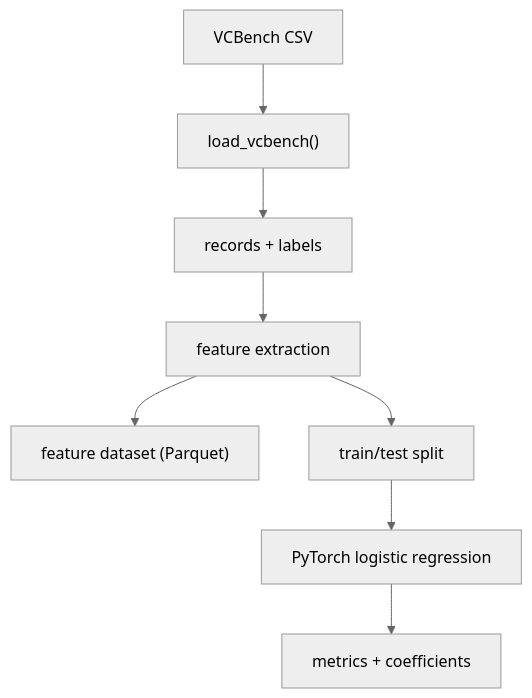
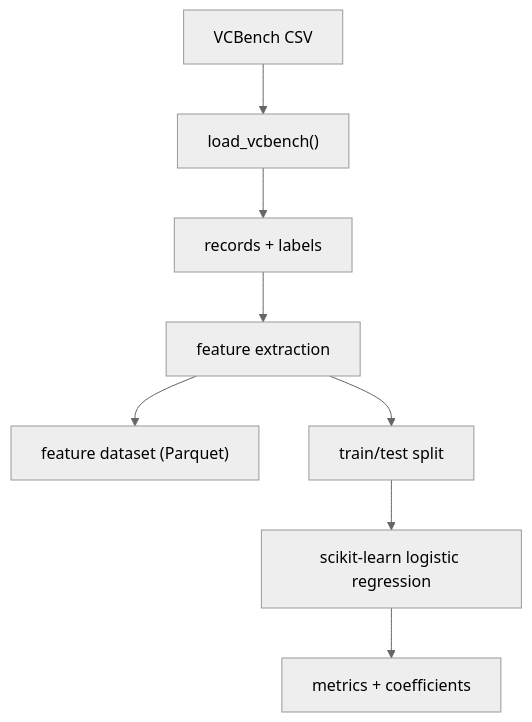
The diagram in 5_llm_reasoning/docs/architecture.md (tick-tock-code/Vela_internship_TRL), drawn with Mermaid (neutral theme) before and after one commit. The commit also changed other lines of this file and 98 other files, not shown here.

````diff
--- a/5_llm_reasoning/docs/architecture.md
+++ b/5_llm_reasoning/docs/architecture.md
@@ -32,10 +34,10 @@
 ```mermaid
 flowchart TD
   A["VCBench CSV"] --> B["load_vcbench()"]
   B --> C["records + labels"]
   C --> D["feature extraction"]
   D --> E["feature dataset (Parquet)"]
   D --> F["train/test split"]
-  F --> G["PyTorch logistic regression"]
+  F --> G["scikit-learn logistic regression"]
   G --> H["metrics + coefficients"]
 ```
````
